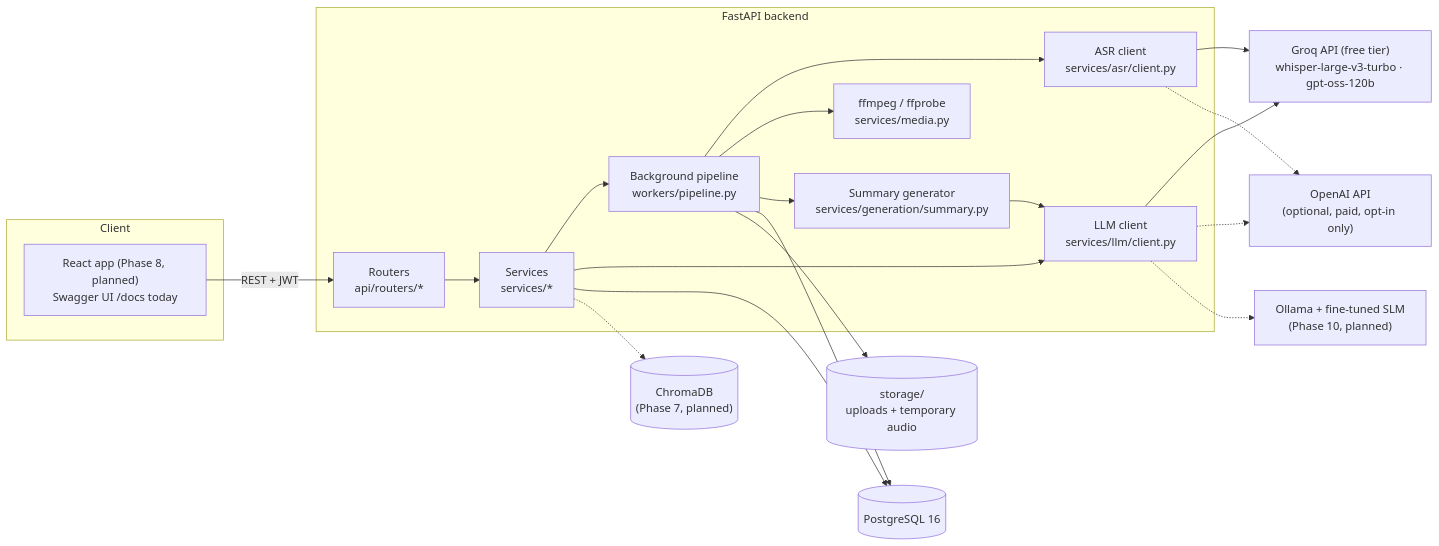
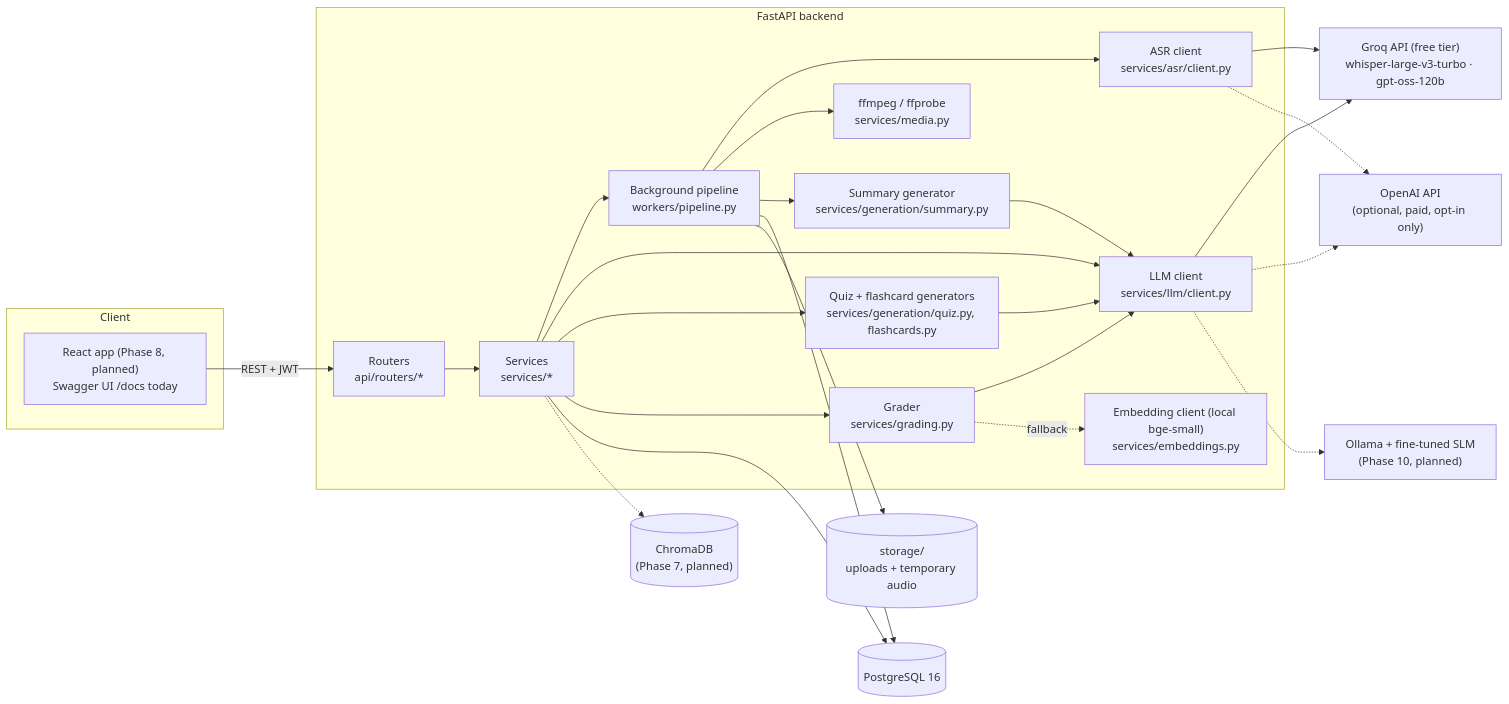
One commit to pranavshinde16/AI-study-buddy changed the first of 3 diagrams in docs/architecture.md. Above: the diagram before and after it, drawn with Mermaid. The commit also changed other lines of this file and 37 other files, not shown here.

Commit message:
phase 6: quiz & flashcards

````diff
--- a/docs/architecture.md
+++ b/docs/architecture.md
@@ -7,32 +7,37 @@
 ```mermaid
 flowchart LR
   subgraph Client
     FE["React app (Phase 8, planned)<br/>Swagger UI /docs today"]
   end
   subgraph Backend["FastAPI backend"]
     R["Routers<br/>api/routers/*"] --> S["Services<br/>services/*"]
     S --> P["Background pipeline<br/>workers/pipeline.py"]
     S --> LLM["LLM client<br/>services/llm/client.py"]
     P --> ASR["ASR client<br/>services/asr/client.py"]
     P --> MED["ffmpeg / ffprobe<br/>services/media.py"]
     P --> GEN["Summary generator<br/>services/generation/summary.py"]
     GEN --> LLM
+    S --> QG["Quiz + flashcard generators<br/>services/generation/quiz.py, flashcards.py"]
+    QG --> LLM
+    S --> GR["Grader<br/>services/grading.py"]
+    GR --> LLM
+    GR -. fallback .-> EMB["Embedding client (local bge-small)<br/>services/embeddings.py"]
   end
   DB[("PostgreSQL 16")]
   FS[("storage/<br/>uploads + temporary audio")]
   GROQ["Groq API (free tier)<br/>whisper-large-v3-turbo · gpt-oss-120b"]
   OAI["OpenAI API<br/>(optional, paid, opt-in only)"]
   OLL["Ollama + fine-tuned SLM<br/>(Phase 10, planned)"]
   CH[("ChromaDB<br/>(Phase 7, planned)")]
 
   FE -- "REST + JWT" --> R
   S --> DB
   P --> DB
   P --> FS
   ASR --> GROQ
   LLM --> GROQ
   ASR -.-> OAI
   LLM -.-> OAI
   LLM -.-> OLL
   S -.-> CH
 ```
````
